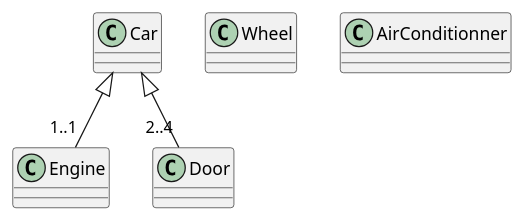
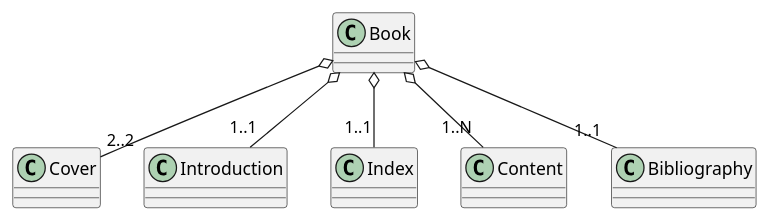
One commit to 63030042Nanraya/OOP-2564-Week-05 changed the eighth of 8 diagrams in 63030075/Assigment-Week-05.md. Above: the diagram before and after it, drawn with PlantUML. The commit also changed other lines of this file, not shown here.

````diff
--- a/63030075/Assigment-Week-05.md
+++ b/63030075/Assigment-Week-05.md
@@ -173,14 +213,14 @@
-``` puml
 @startuml 
+class Book{}
+class Cover{}
+class Introduction{}
+class Index{}
+class Content{}
+class Bibliography{}
 
-class Car{}
-class Engine{}
-class Wheel{}
-class AirConditionner{}
-
-Car <|-- "1..1" Engine
-Car <|-- "2..4" Door
-' Todo: ทำให้สมบูรณ์
-
+Book o-- "2..2" Cover
+Book o-- "1..1" Introduction
+Book o-- "1..1" Index
+Book o-- "1..N" Content
+Book o-- "1..1" Bibliography
 @enduml 
-```
````
